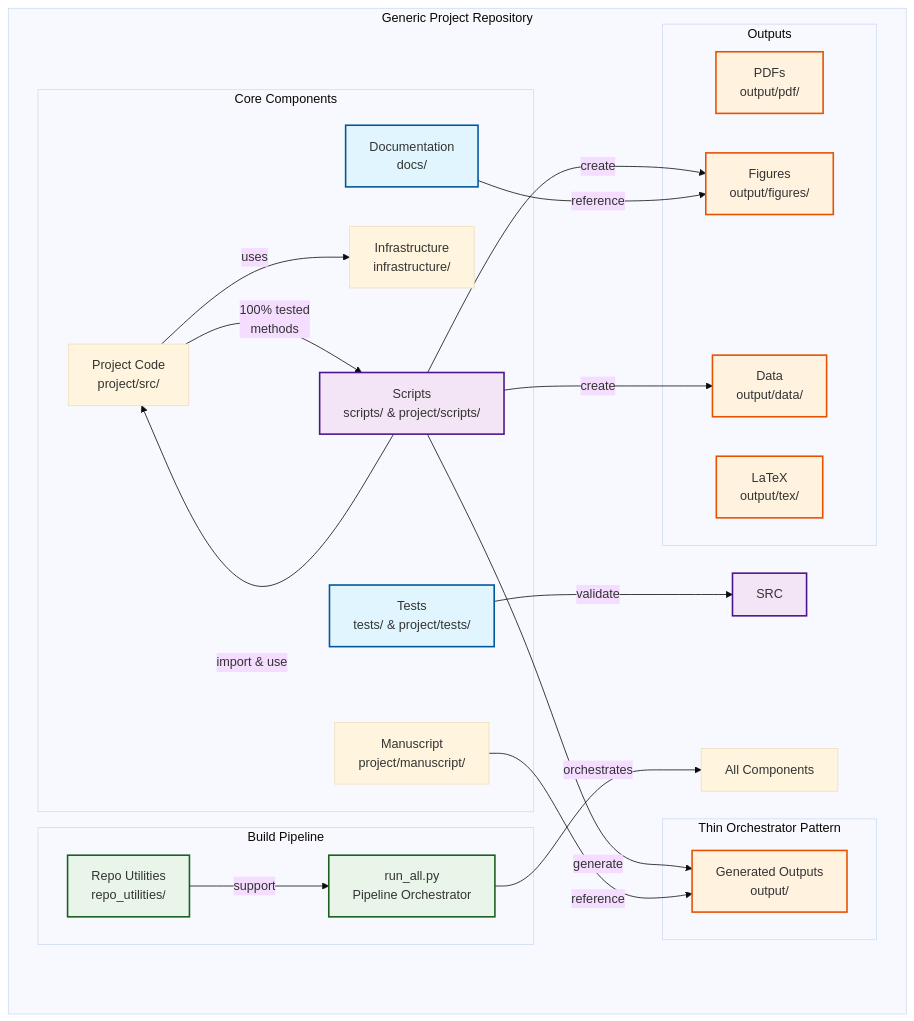
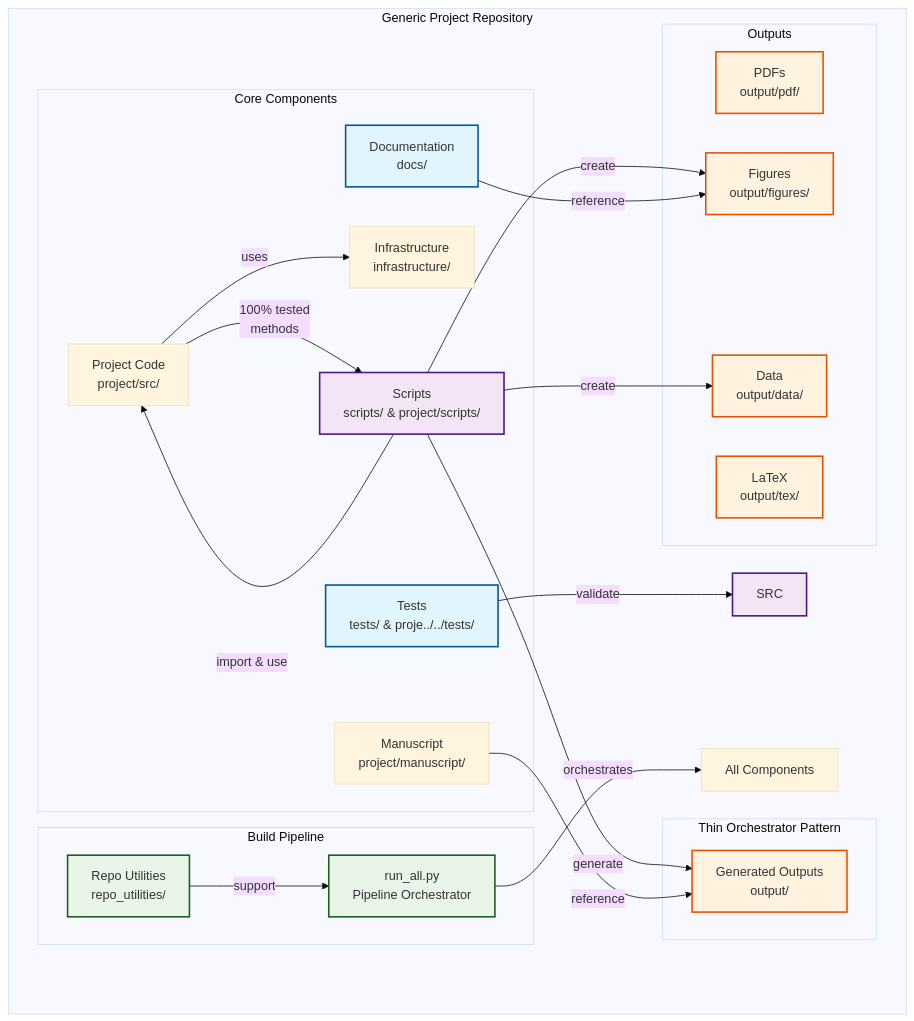
Before and after one commit to docxology/template: the first of 4 diagrams in docs/core/ARCHITECTURE.md, drawn with Mermaid (base theme). The commit also changed other lines of this file and 512 other files, not shown here.

````diff
--- a/docs/core/ARCHITECTURE.md
+++ b/docs/core/ARCHITECTURE.md
@@ -26,51 +26,51 @@
 ```mermaid
 graph TB
     subgraph "Generic Project Repository"
         subgraph "Core Components"
             INFRA[Infrastructure<br/>infrastructure/]
             PROJECT[Project Code<br/>project/src/]
-            TESTS[Tests<br/>tests/ & project/tests/]
+            TESTS[Tests<br/>tests/ & proje../../tests/]
             SCRIPTS[Scripts<br/>scripts/ & project/scripts/]
             MD[Documentation<br/>docs/]
             MANUSCRIPT[Manuscript<br/>project/manuscript/]
         end
         
         subgraph "Thin Orchestrator Pattern"
             PROJECT -->|"100% tested<br/>methods"| SCRIPTS
             SCRIPTS -->|"import & use"| PROJECT
             PROJECT -->|"uses"| INFRA
             SCRIPTS -->|"generate"| OUTPUTS
             MANUSCRIPT -->|"reference"| OUTPUTS
         end
         
         subgraph "Build Pipeline"
             REPO_UTILS[Repo Utilities<br/>repo_utilities/]
             RENDER[run_all.py<br/>Pipeline Orchestrator]
         end
         
         subgraph "Outputs"
             OUTPUTS[Generated Outputs<br/>output/]
             PDFS[PDFs<br/>output/pdf/]
             FIGS[Figures<br/>output/figures/]
             DATA[Data<br/>output/data/]
             TEX[LaTeX<br/>output/tex/]
         end
         
         TESTS -->|"validate"| SRC
         SCRIPTS -->|"create"| FIGS
         SCRIPTS -->|"create"| DATA
         MD -->|"reference"| FIGS
         RENDER -->|"orchestrates"| ALL[All Components]
         REPO_UTILS -->|"support"| RENDER
     end
     
     classDef core fill:#e1f5fe,stroke:#01579b,stroke-width:2px
     classDef pattern fill:#f3e5f5,stroke:#4a148c,stroke-width:2px
     classDef pipeline fill:#e8f5e8,stroke:#1b5e20,stroke-width:2px
     classDef outputs fill:#fff3e0,stroke:#e65100,stroke-width:2px
     
     class SRC,TESTS,SCRIPTS,MD core
     class SRC,SCRIPTS pattern
     class REPO_UTILS,RENDER pipeline
     class OUTPUTS,PDFS,FIGS,DATA,TEX outputs
 ```
````
